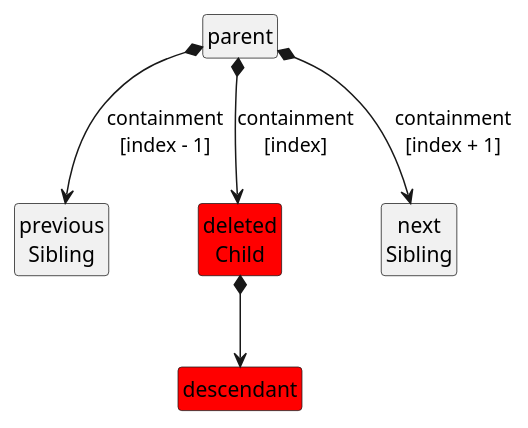
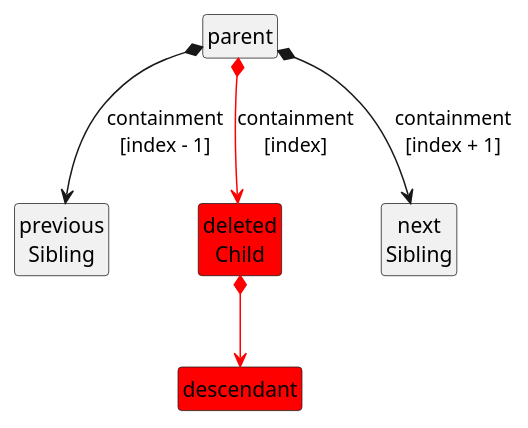
One commit to LionWeb-io/specification changed diagram 22 of 36 in delta/delta-api.adoc. Above: the diagram before and after it, drawn with PlantUML. The commit also changed other lines of this file, not shown here.

Commit message:
more red/blue colors in diagrams

```diff
--- a/delta/delta-api.adoc
+++ b/delta/delta-api.adoc
@@ -797,19 +797,19 @@
 [plantuml, deleteChild-before, svg]
 ----
 hide empty members
 hide circles
 
 class parent
 
 class "previous\nSibling" as previousSibling
 class "deleted\nChild" as deletedChild #red
 class "next\nSibling" as nextSibling
 
 class descendant #red
 
 parent *--> previousSibling: containment\n[index - 1]
-parent *--> deletedChild: containment\n[index]
+parent *--> deletedChild #red: containment\n[index]
 parent *--> nextSibling: containment\n[index + 1]
 
-deletedChild *--> descendant
+deletedChild *--> descendant #red
 ----
```
